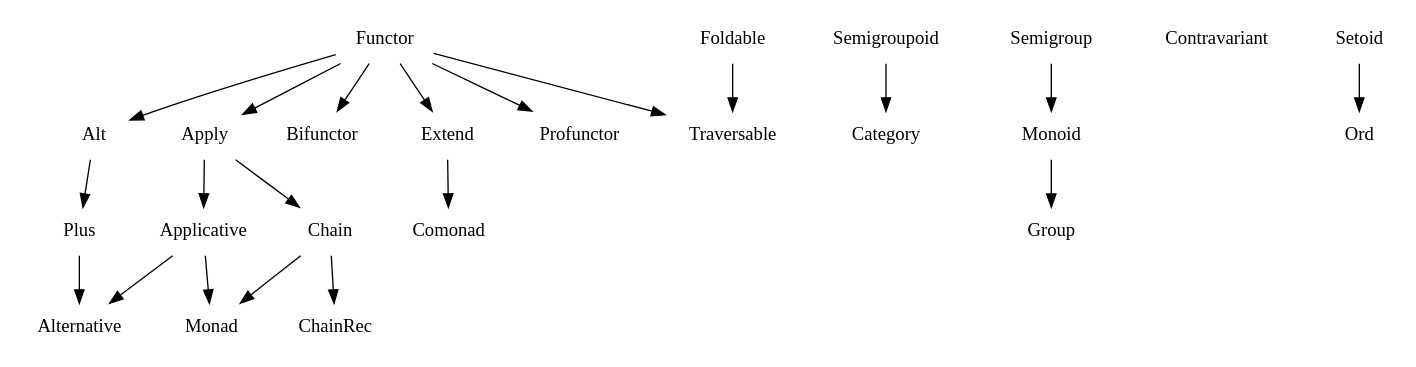
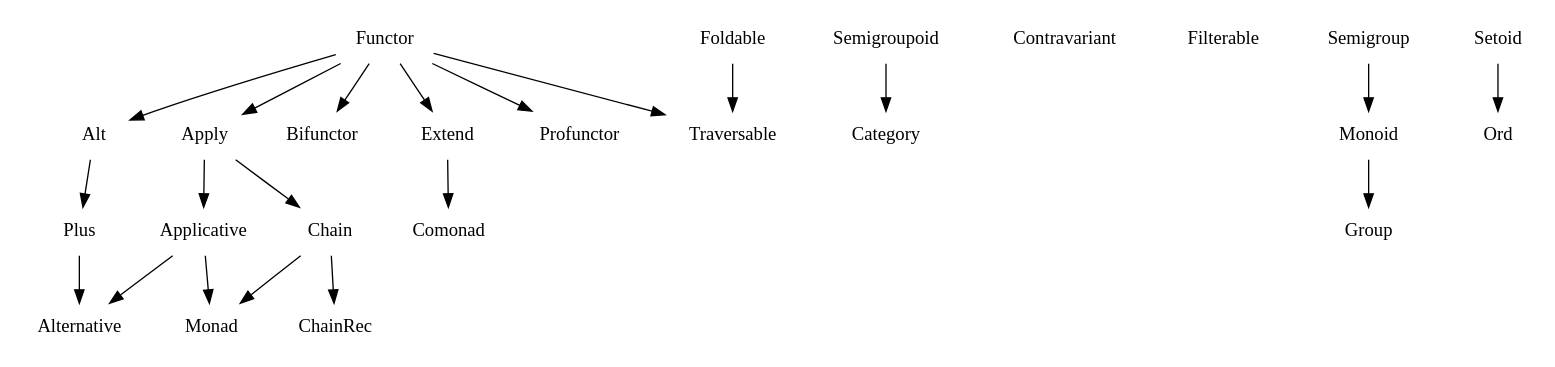
Before and after one commit to fantasyland/fantasy-land: the diagram in figures/dependencies.dot, drawn with Graphviz. The commit also changed 7 other files, not shown here.

```diff
--- a/figures/dependencies.dot
+++ b/figures/dependencies.dot
@@ -1,50 +1,51 @@
 digraph {
   node [shape=plaintext]
 
   # Algebras
   Alt;
   Alternative;
   Applicative;
   Apply;
   Bifunctor;
   Category;
   Chain;
   ChainRec;
   Comonad;
+  Contravariant;
   Extend;
+  Filterable;
   Foldable;
   Functor;
   Group;
-  Contravariant;
   Monad;
   Monoid;
   Ord;
   Plus;
   Profunctor;
   Semigroup;
   Semigroupoid;
   Setoid;
   Traversable;
 
   # Dependencies
   Alt -> Plus;
   Applicative -> Alternative;
   Applicative -> Monad;
   Apply -> Applicative;
   Apply -> Chain;
   Chain -> ChainRec;
   Chain -> Monad;
   Extend -> Comonad;
   Foldable -> Traversable;
   Functor -> Alt;
   Functor -> Apply;
   Functor -> Bifunctor;
   Functor -> Extend;
   Functor -> Profunctor;
   Functor -> Traversable;
   Monoid -> Group;
   Plus -> Alternative;
   Semigroup -> Monoid;
   Semigroupoid -> Category;
   Setoid -> Ord;
 }
```
